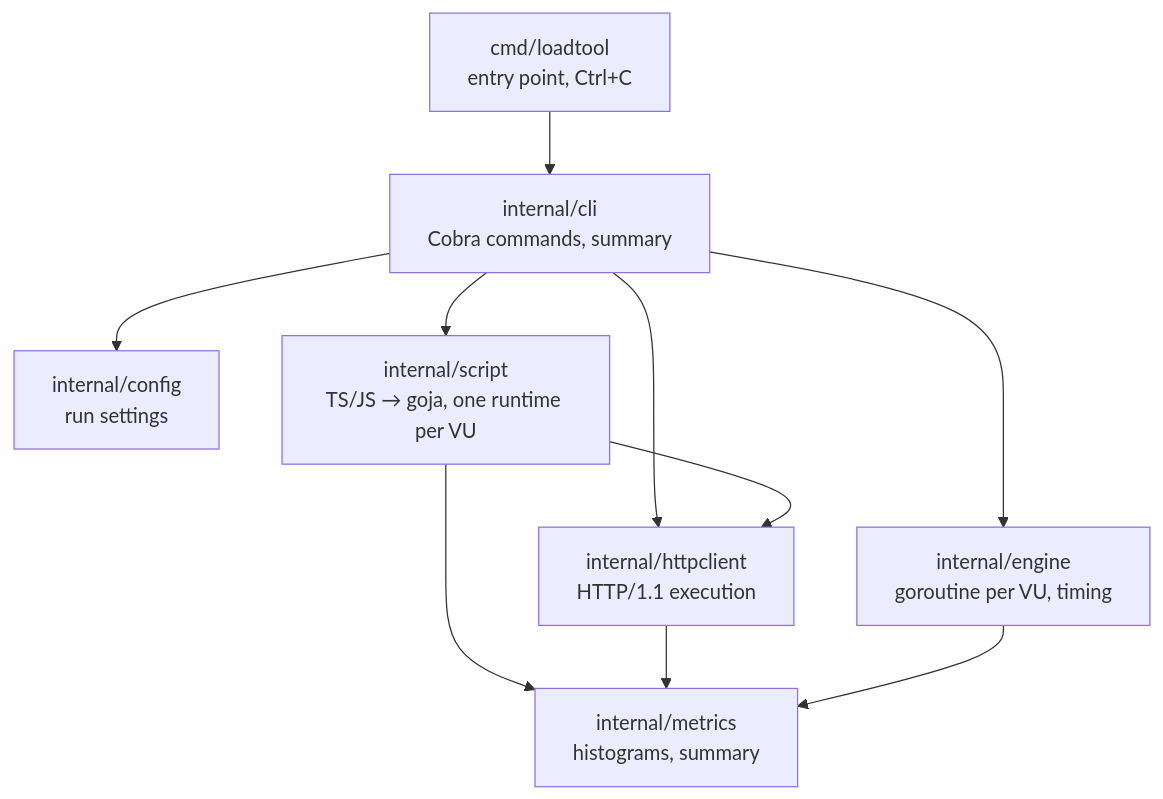
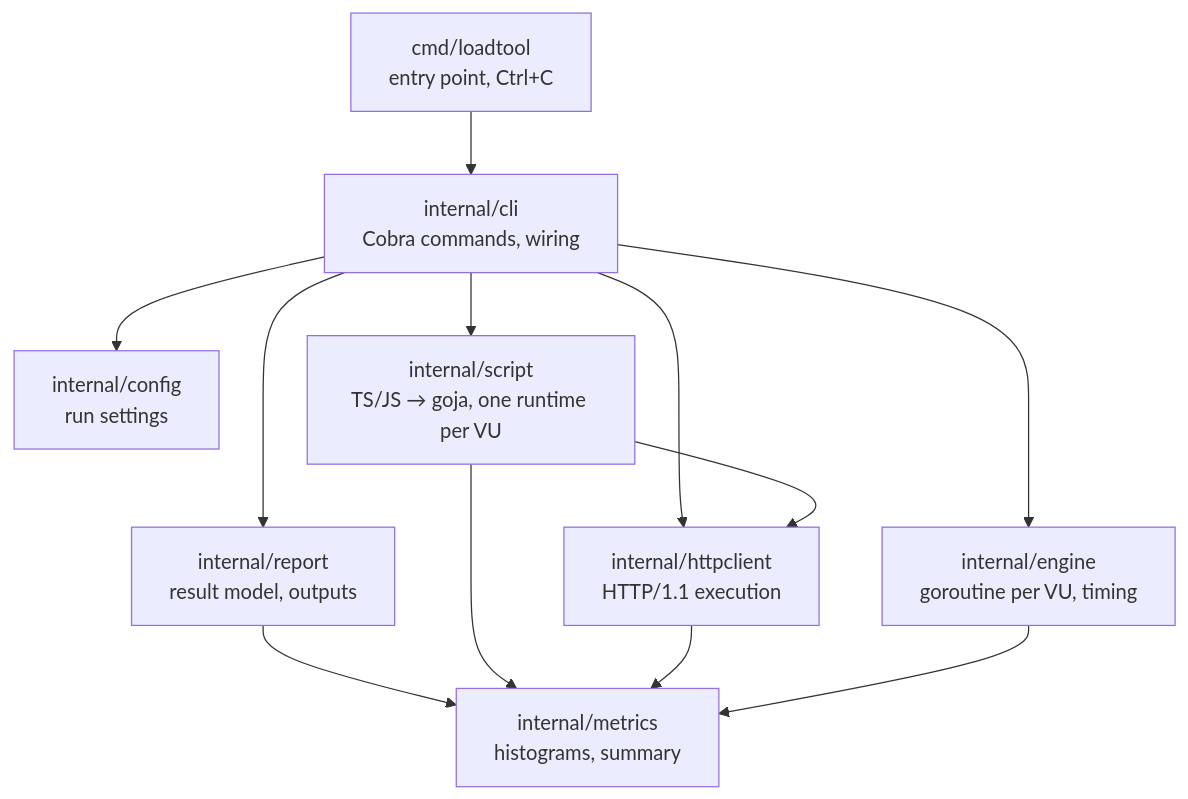
One commit to Arunraj-QA/loadtool changed the second of 5 diagrams in docs/architecture.md. Above: the diagram before and after it, drawn with Mermaid. The commit also changed other lines of this file and 1 other file, not shown here.

Commit message:
docs: add internal/report to the architecture overview

````diff
--- a/docs/architecture.md
+++ b/docs/architecture.md
@@ -49,12 +49,14 @@
 ```mermaid
 flowchart TD
     main["cmd/loadtool<br/>entry point, Ctrl+C"] --> cli
-    cli["internal/cli<br/>Cobra commands, summary"] --> config["internal/config<br/>run settings"]
+    cli["internal/cli<br/>Cobra commands, wiring"] --> config["internal/config<br/>run settings"]
+    cli --> report["internal/report<br/>result model, outputs"]
+    report --> metrics
     cli --> script["internal/script<br/>TS/JS → goja, one runtime per VU"]
     cli --> engine["internal/engine<br/>goroutine per VU, timing"]
     cli --> httpclient["internal/httpclient<br/>HTTP/1.1 execution"]
     script --> httpclient
     script --> metrics["internal/metrics<br/>histograms, summary"]
     httpclient --> metrics
     engine --> metrics
 ```
````
